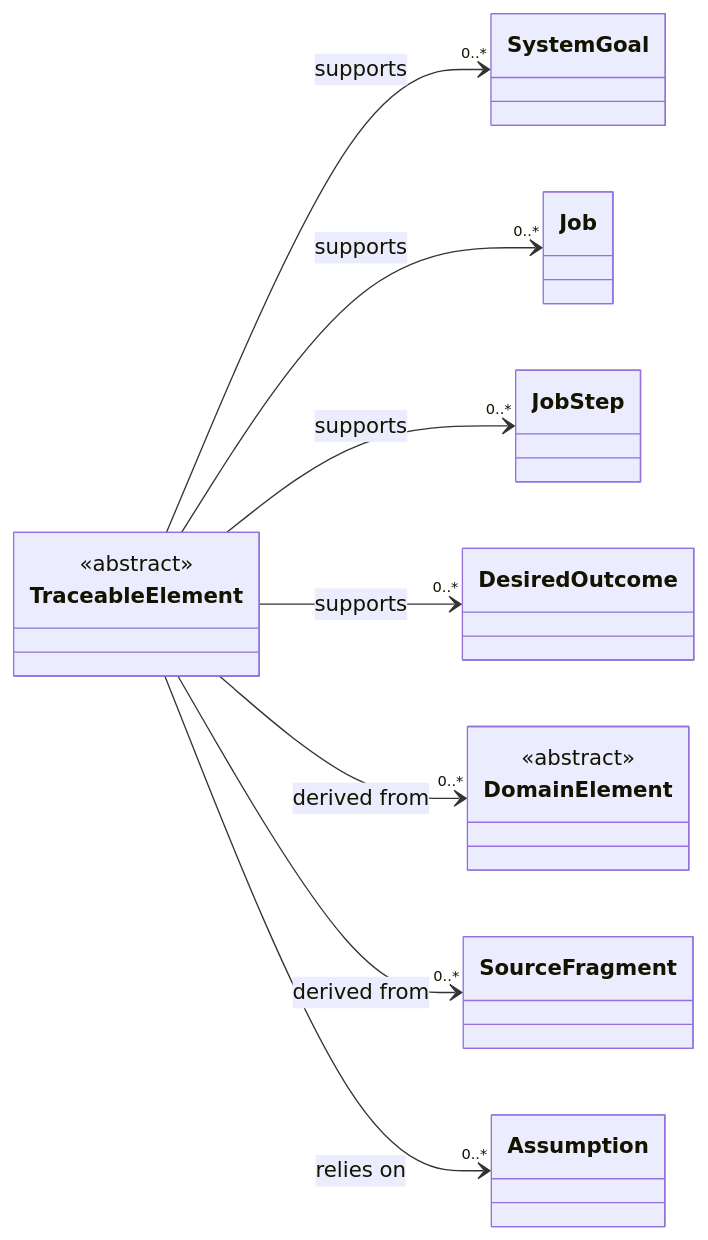
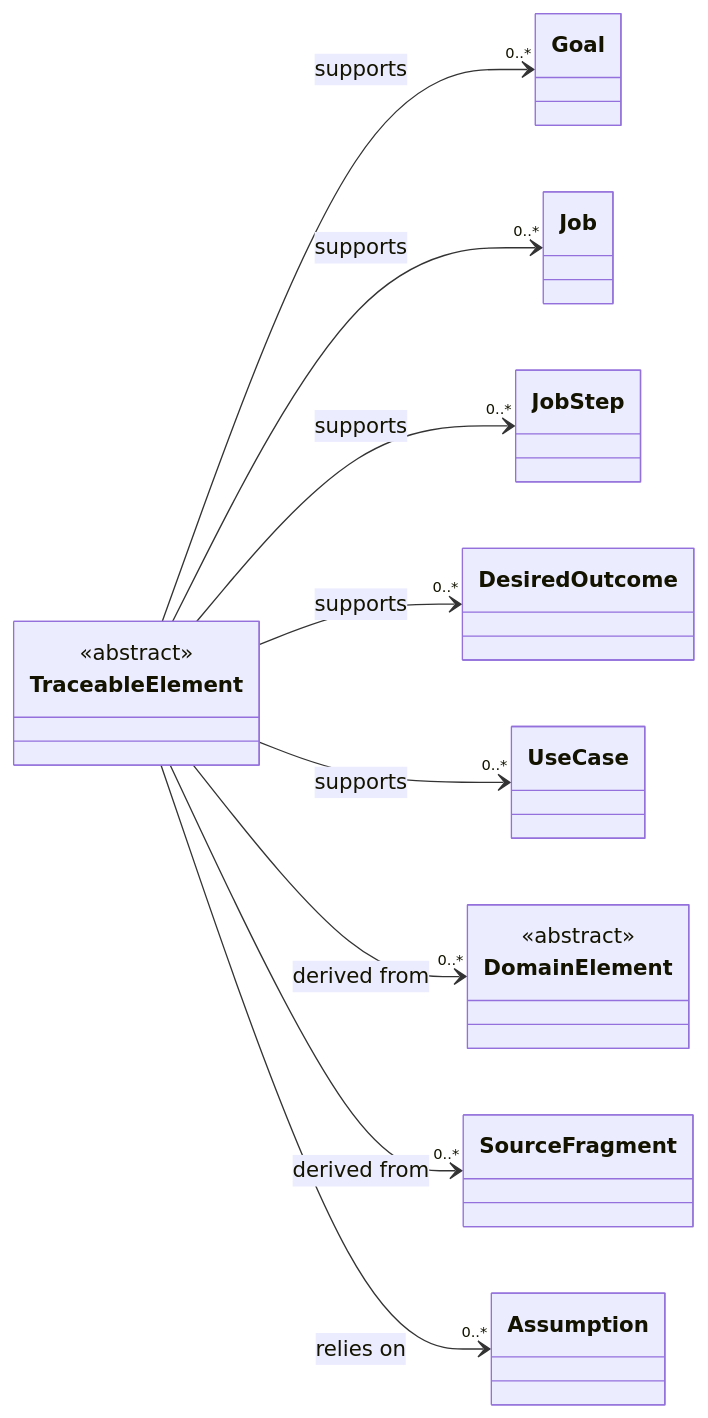
One commit to craigsmitham/dotspec changed diagram 14 of 18 in docs/reference/model/core.md. Above: the diagram before and after it, drawn with Mermaid. The commit also changed other lines of this file and 139 other files, not shown here.

````diff
--- a/docs/reference/model/core.md
+++ b/docs/reference/model/core.md
@@ -316,21 +318,23 @@
 ```mermaid
 classDiagram
     direction LR
     class TraceableElement
     <<abstract>> TraceableElement
-    class SystemGoal
+    class Goal
     class Job
     class JobStep
     class DesiredOutcome
+    class UseCase
     class DomainElement
     <<abstract>> DomainElement
     class SourceFragment
     class Assumption
-    TraceableElement --> "0..*" SystemGoal : supports
+    TraceableElement --> "0..*" Goal : supports
     TraceableElement --> "0..*" Job : supports
     TraceableElement --> "0..*" JobStep : supports
     TraceableElement --> "0..*" DesiredOutcome : supports
+    TraceableElement --> "0..*" UseCase : supports
     TraceableElement --> "0..*" DomainElement : derived from
     TraceableElement --> "0..*" SourceFragment : derived from
     TraceableElement --> "0..*" Assumption : relies on
 ```
````
